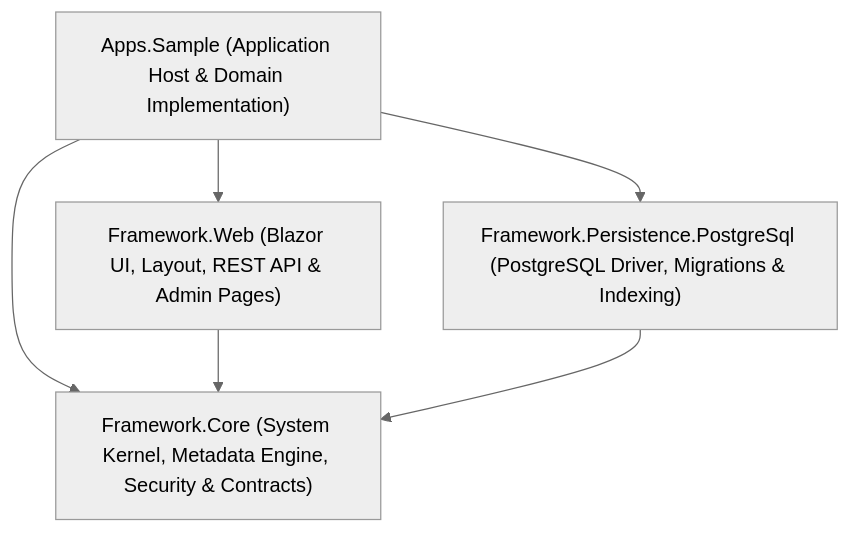
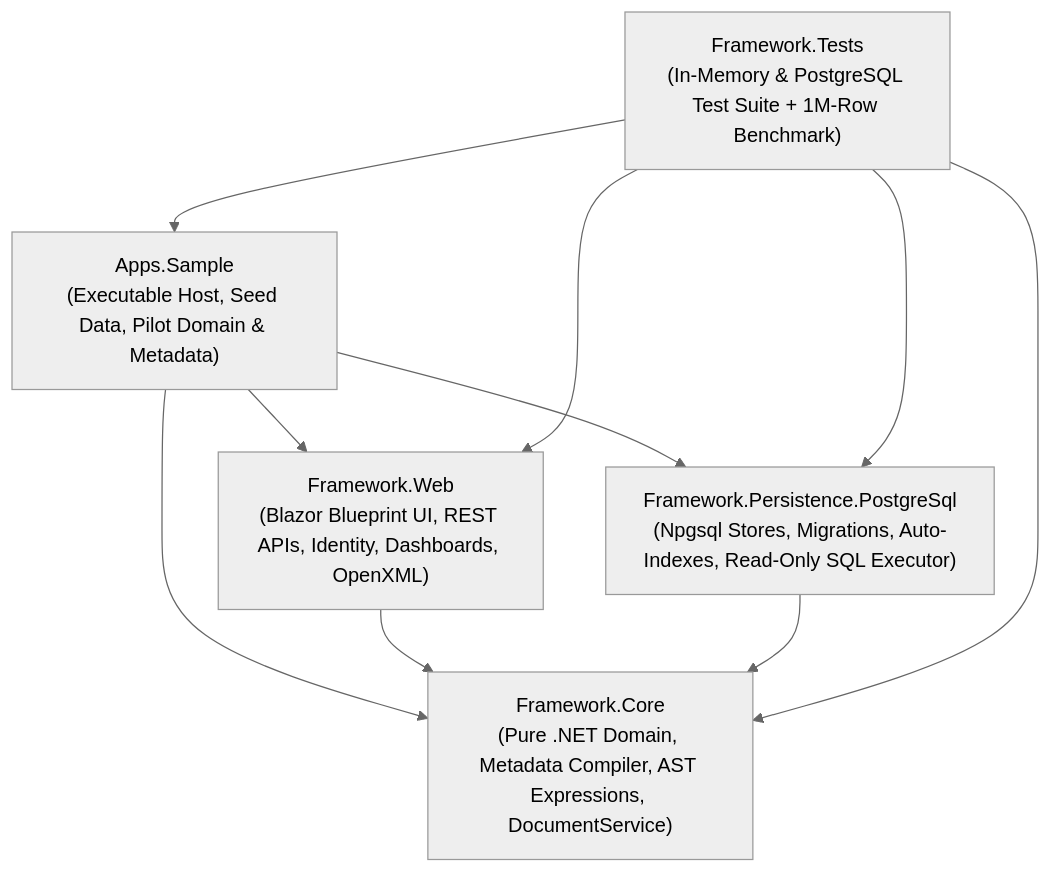
Before and after one commit to frogframework-admin/frogframe: the second of 2 diagrams in docs/PROJECT_STRUCTURE.md, drawn with Mermaid (neutral theme). The commit also changed other lines of this file and 24 other files, not shown here.

First line of the commit message:
feat(admin): modernize admin screens with BbDataGrid and Drawer, optimize role saving and database performance

````diff
--- a/docs/PROJECT_STRUCTURE.md
+++ b/docs/PROJECT_STRUCTURE.md
@@ -9,13 +138,18 @@
 ```mermaid
 graph TD
-    Sample["Apps.Sample (Application Host & Domain Implementation)"]
-    Web["Framework.Web (Blazor UI, Layout, REST API & Admin Pages)"]
-    Persistence["Framework.Persistence.PostgreSql (PostgreSQL Driver, Migrations & Indexing)"]
-    Core["Framework.Core (System Kernel, Metadata Engine, Security & Contracts)"]
+    Sample["Apps.Sample\n(Executable Host, Seed Data, Pilot Domain & Metadata)"]
+    Web["Framework.Web\n(Blazor Blueprint UI, REST APIs, Identity, Dashboards, OpenXML)"]
+    Pg["Framework.Persistence.PostgreSql\n(Npgsql Stores, Migrations, Auto-Indexes, Read-Only SQL Executor)"]
+    Core["Framework.Core\n(Pure .NET Domain, Metadata Compiler, AST Expressions, DocumentService)"]
+    Tests["Framework.Tests\n(In-Memory & PostgreSQL Test Suite + 1M-Row Benchmark)"]
 
     Sample --> Web
-    Sample --> Persistence
+    Sample --> Pg
     Sample --> Core
     Web --> Core
-    Persistence --> Core
+    Pg --> Core
+    Tests --> Sample
+    Tests --> Web
+    Tests --> Pg
+    Tests --> Core
 ```
````
